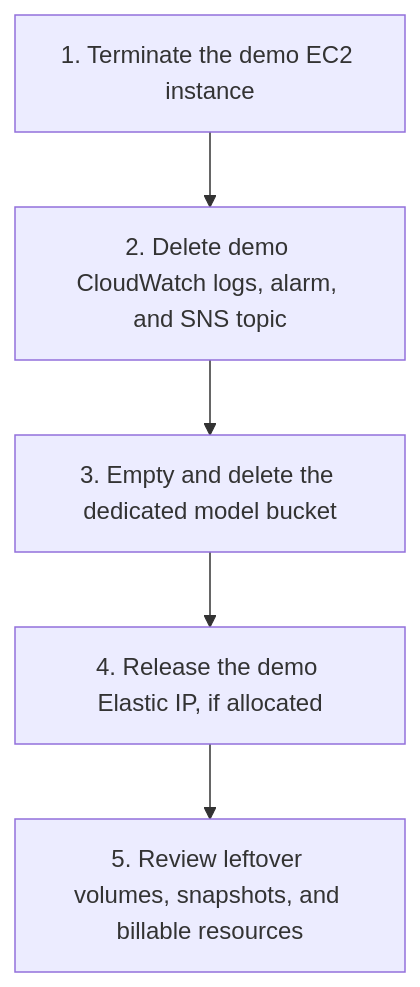
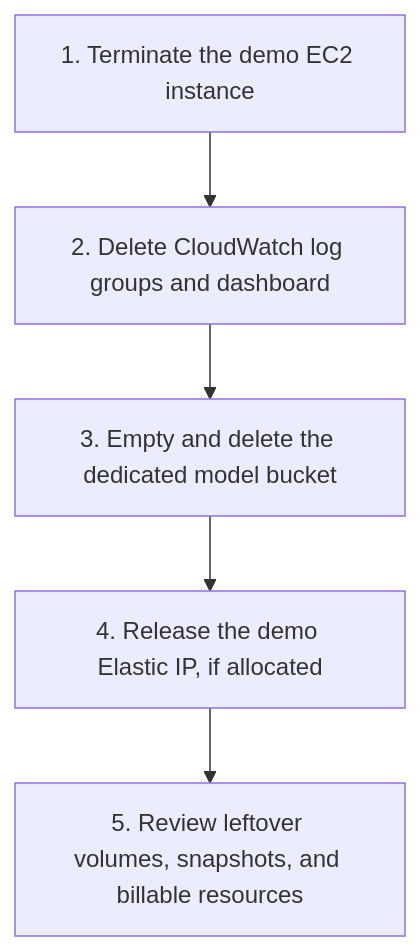
The diagram in content/5-Workshop/5.6-Operations-cleanup/_index.md (starkkk1/starkkk1.github.io), drawn with Mermaid before and after one commit. The commit also changed other lines of this file and 21 other files, not shown here.

````diff
--- a/content/5-Workshop/5.6-Operations-cleanup/_index.md
+++ b/content/5-Workshop/5.6-Operations-cleanup/_index.md
@@ -58,13 +58,13 @@
 ```mermaid
 graph TD
     Step1["1. Terminate the demo EC2 instance"]
-    Step2["2. Delete demo CloudWatch logs, alarm, and SNS topic"]
+    Step2["2. Delete CloudWatch log groups and dashboard"]
     Step3["3. Empty and delete the dedicated model bucket"]
     Step4["4. Release the demo Elastic IP, if allocated"]
     Step5["5. Review leftover volumes, snapshots, and billable resources"]
     
     Step1 --> Step2
     Step2 --> Step3
     Step3 --> Step4
     Step4 --> Step5
 ```
````
